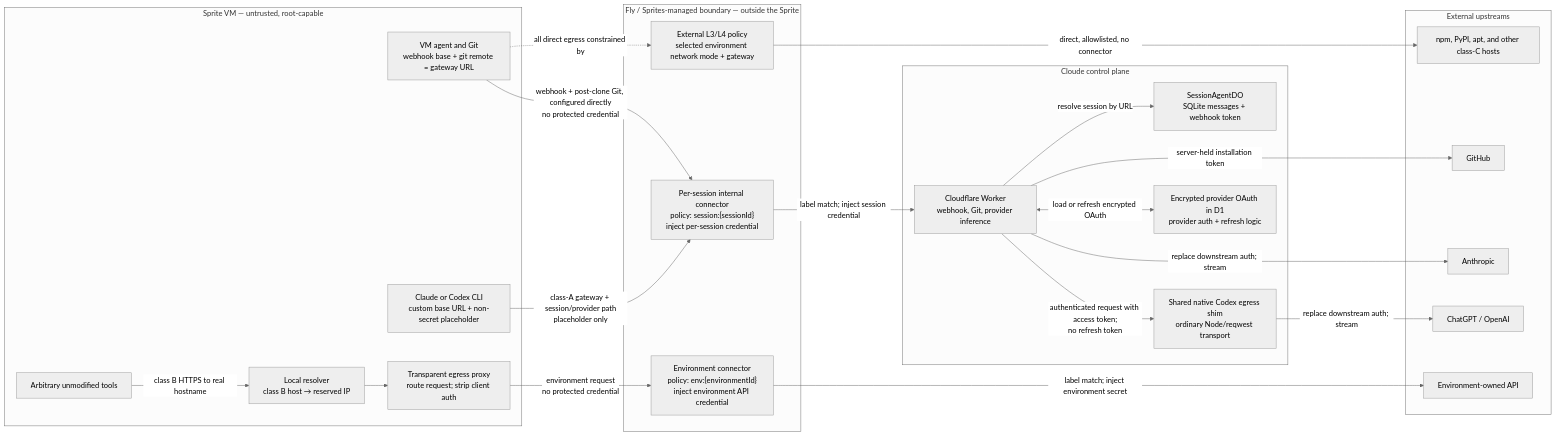
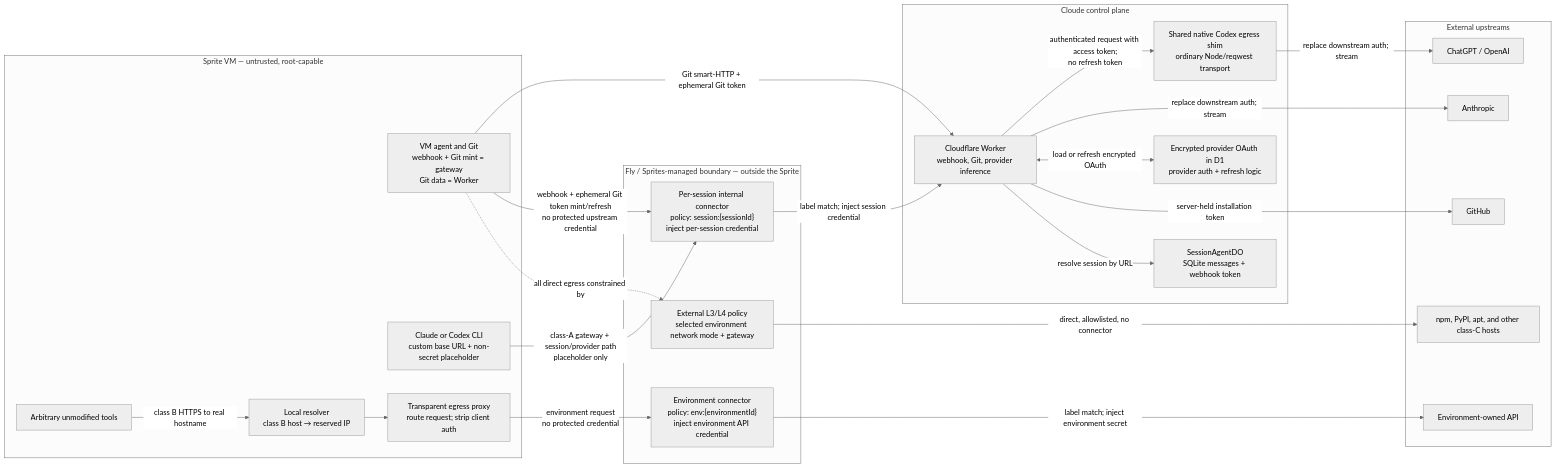
The first of 6 diagrams in openspec/changes/automate-sprites-custom-connectors/design.md (benedelstein/My-Machines), drawn with Mermaid (neutral theme) before and after one commit. The commit also changed other lines of this file and 65 other files, not shown here.

Commit message:
Mint a per-session Sprites connector for webhook and git auth (#173)

````diff
--- a/openspec/changes/automate-sprites-custom-connectors/design.md
+++ b/openspec/changes/automate-sprites-custom-connectors/design.md
@@ -107,50 +114,51 @@
 ```mermaid
 flowchart LR
   subgraph sprite["Sprite VM — untrusted, root-capable"]
-    agent["VM agent and Git<br/>webhook base + git remote = gateway URL"]
+    agent["VM agent and Git<br/>webhook + Git mint = gateway<br/>Git data = Worker"]
     tools["Arbitrary unmodified tools"]
     providerCli["Claude or Codex CLI<br/>custom base URL + non-secret placeholder"]
     resolver["Local resolver<br/>class B host → reserved IP"]
     proxy["Transparent egress proxy<br/>route request; strip client auth"]
 
     tools -->|"class B HTTPS to real hostname"| resolver
     resolver --> proxy
   end
 
   subgraph sprites["Fly / Sprites-managed boundary — outside the Sprite"]
     networkPolicy["External L3/L4 policy<br/>selected environment network mode + gateway"]
     sessionConnector["Per-session internal connector<br/>policy: session:{sessionId}<br/>inject per-session credential"]
     environmentConnector["Environment connector<br/>policy: env:{environmentId}<br/>inject environment API credential"]
   end
 
   subgraph control["Cloude control plane"]
     worker["Cloudflare Worker<br/>webhook, Git, provider inference"]
     sessionDo["SessionAgentDO<br/>SQLite messages + webhook token"]
     providerStore["Encrypted provider OAuth in D1<br/>provider auth + refresh logic"]
     codexService["Shared native Codex egress shim<br/>ordinary Node/reqwest transport"]
   end
 
   subgraph upstreams["External upstreams"]
     github["GitHub"]
     anthropic["Anthropic"]
     chatgpt["ChatGPT / OpenAI"]
     environmentApi["Environment-owned API"]
     classC["npm, PyPI, apt, and other class-C hosts"]
   end
 
   agent -.->|"all direct egress constrained by"| networkPolicy
-  agent -->|"webhook + post-clone Git, configured directly<br/>no protected credential"| sessionConnector
+  agent -->|"webhook + ephemeral Git token mint/refresh<br/>no protected upstream credential"| sessionConnector
+  agent -->|"Git smart-HTTP + ephemeral Git token"| worker
   providerCli -->|"class-A gateway + session/provider path<br/>placeholder only"| sessionConnector
   proxy -->|"environment request<br/>no protected credential"| environmentConnector
 
   sessionConnector -->|"label match; inject session credential"| worker
   environmentConnector -->|"label match; inject environment secret"| environmentApi
   networkPolicy -->|"direct, allowlisted, no connector"| classC
 
   worker -->|"resolve session by URL"| sessionDo
   worker -->|"server-held installation token"| github
   worker <-->|"load or refresh encrypted OAuth"| providerStore
   worker -->|"replace downstream auth; stream"| anthropic
   worker -->|"authenticated request with access token;<br/>no refresh token"| codexService
   codexService -->|"replace downstream auth; stream"| chatgpt
 ```
````
